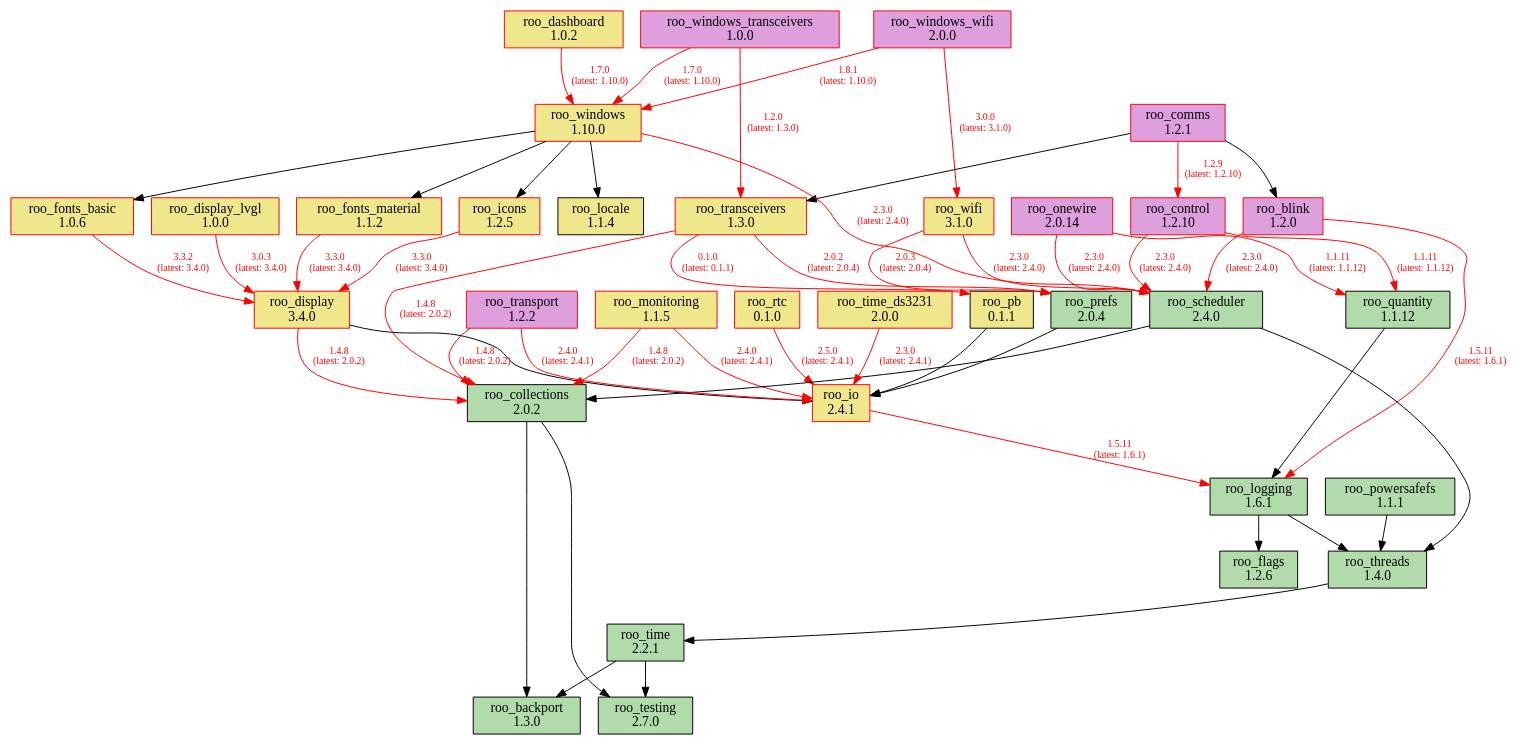
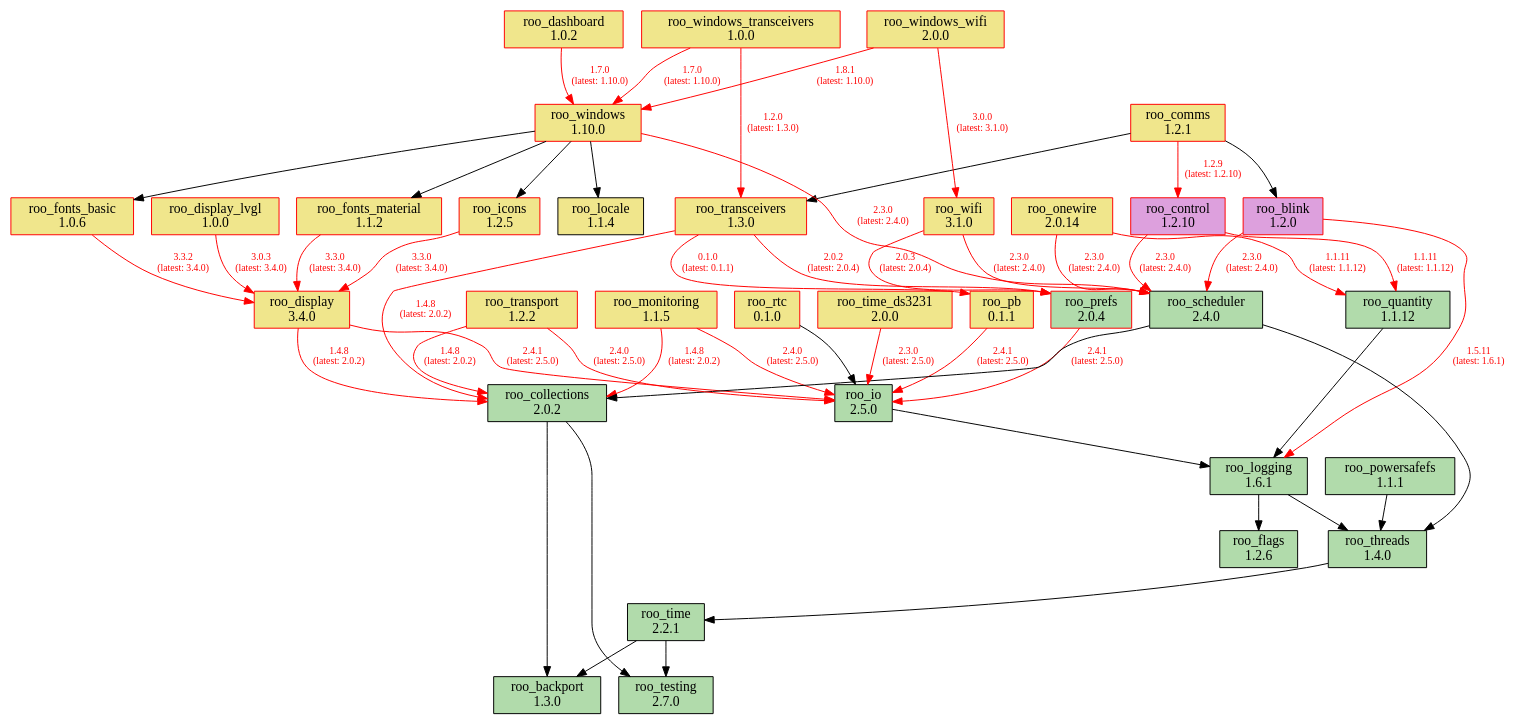
One commit to dejwk/roo-registry changed the diagram in doc/dependencies.dot. Above: the diagram before and after it, drawn with Graphviz. The commit also changed 3 other files, not shown here.

```diff
--- a/doc/dependencies.dot
+++ b/doc/dependencies.dot
@@ -1,92 +1,92 @@
 digraph dependencies {
     rankdir=TB;
     node [shape=box, style=filled];
     edge [fontsize=10];
 
     // Modules
     "roo_backport" [label="roo_backport\n1.3.0", fillcolor="#b1dbab", color="black"];
     "roo_blink" [label="roo_blink\n1.2.0", fillcolor="plum", color="red"];
     "roo_collections" [label="roo_collections\n2.0.2", fillcolor="#b1dbab", color="black"];
-    "roo_comms" [label="roo_comms\n1.2.1", fillcolor="plum", color="red"];
+    "roo_comms" [label="roo_comms\n1.2.1", fillcolor="khaki", color="red"];
     "roo_control" [label="roo_control\n1.2.10", fillcolor="plum", color="red"];
     "roo_dashboard" [label="roo_dashboard\n1.0.2", fillcolor="khaki", color="red"];
     "roo_display" [label="roo_display\n3.4.0", fillcolor="khaki", color="red"];
     "roo_display_lvgl" [label="roo_display_lvgl\n1.0.0", fillcolor="khaki", color="red"];
     "roo_flags" [label="roo_flags\n1.2.6", fillcolor="#b1dbab", color="black"];
     "roo_fonts_basic" [label="roo_fonts_basic\n1.0.6", fillcolor="khaki", color="red"];
     "roo_fonts_material" [label="roo_fonts_material\n1.1.2", fillcolor="khaki", color="red"];
     "roo_icons" [label="roo_icons\n1.2.5", fillcolor="khaki", color="red"];
-    "roo_io" [label="roo_io\n2.4.1", fillcolor="khaki", color="red"];
+    "roo_io" [label="roo_io\n2.5.0", fillcolor="#b1dbab", color="black"];
     "roo_locale" [label="roo_locale\n1.1.4", fillcolor="khaki", color="black"];
     "roo_logging" [label="roo_logging\n1.6.1", fillcolor="#b1dbab", color="black"];
     "roo_monitoring" [label="roo_monitoring\n1.1.5", fillcolor="khaki", color="red"];
-    "roo_onewire" [label="roo_onewire\n2.0.14", fillcolor="plum", color="red"];
-    "roo_pb" [label="roo_pb\n0.1.1", fillcolor="khaki", color="black"];
+    "roo_onewire" [label="roo_onewire\n2.0.14", fillcolor="khaki", color="red"];
+    "roo_pb" [label="roo_pb\n0.1.1", fillcolor="khaki", color="red"];
     "roo_powersafefs" [label="roo_powersafefs\n1.1.1", fillcolor="#b1dbab", color="black"];
-    "roo_prefs" [label="roo_prefs\n2.0.4", fillcolor="#b1dbab", color="black"];
+    "roo_prefs" [label="roo_prefs\n2.0.4", fillcolor="#b1dbab", color="red"];
     "roo_quantity" [label="roo_quantity\n1.1.12", fillcolor="#b1dbab", color="black"];
     "roo_rtc" [label="roo_rtc\n0.1.0", fillcolor="khaki", color="red"];
     "roo_scheduler" [label="roo_scheduler\n2.4.0", fillcolor="#b1dbab", color="black"];
     "roo_testing" [label="roo_testing\n2.7.0", fillcolor="#b1dbab", color="black"];
     "roo_threads" [label="roo_threads\n1.4.0", fillcolor="#b1dbab", color="black"];
     "roo_time" [label="roo_time\n2.2.1", fillcolor="#b1dbab", color="black"];
     "roo_time_ds3231" [label="roo_time_ds3231\n2.0.0", fillcolor="khaki", color="red"];
     "roo_transceivers" [label="roo_transceivers\n1.3.0", fillcolor="khaki", color="red"];
-    "roo_transport" [label="roo_transport\n1.2.2", fillcolor="plum", color="red"];
+    "roo_transport" [label="roo_transport\n1.2.2", fillcolor="khaki", color="red"];
     "roo_wifi" [label="roo_wifi\n3.1.0", fillcolor="khaki", color="red"];
     "roo_windows" [label="roo_windows\n1.10.0", fillcolor="khaki", color="red"];
-    "roo_windows_transceivers" [label="roo_windows_transceivers\n1.0.0", fillcolor="plum", color="red"];
-    "roo_windows_wifi" [label="roo_windows_wifi\n2.0.0", fillcolor="plum", color="red"];
+    "roo_windows_transceivers" [label="roo_windows_transceivers\n1.0.0", fillcolor="khaki", color="red"];
+    "roo_windows_wifi" [label="roo_windows_wifi\n2.0.0", fillcolor="khaki", color="red"];
 
     // Dependencies
     "roo_blink" -> "roo_logging" [color=red, fontcolor=red, label="1.5.11\n(latest: 1.6.1)"];
     "roo_blink" -> "roo_scheduler" [color=red, fontcolor=red, label="2.3.0\n(latest: 2.4.0)"];
     "roo_collections" -> "roo_testing";
     "roo_collections" -> "roo_backport";
     "roo_comms" -> "roo_blink";
     "roo_comms" -> "roo_control" [color=red, fontcolor=red, label="1.2.9\n(latest: 1.2.10)"];
     "roo_comms" -> "roo_transceivers";
     "roo_control" -> "roo_quantity" [color=red, fontcolor=red, label="1.1.11\n(latest: 1.1.12)"];
     "roo_control" -> "roo_scheduler" [color=red, fontcolor=red, label="2.3.0\n(latest: 2.4.0)"];
     "roo_dashboard" -> "roo_windows" [color=red, fontcolor=red, label="1.7.0\n(latest: 1.10.0)"];
     "roo_display" -> "roo_collections" [color=red, fontcolor=red, label="1.4.8\n(latest: 2.0.2)"];
-    "roo_display" -> "roo_io";
+    "roo_display" -> "roo_io" [color=red, fontcolor=red, label="2.4.1\n(latest: 2.5.0)"];
     "roo_display_lvgl" -> "roo_display" [color=red, fontcolor=red, label="3.0.3\n(latest: 3.4.0)"];
     "roo_fonts_basic" -> "roo_display" [color=red, fontcolor=red, label="3.3.2\n(latest: 3.4.0)"];
     "roo_fonts_material" -> "roo_display" [color=red, fontcolor=red, label="3.3.0\n(latest: 3.4.0)"];
     "roo_icons" -> "roo_display" [color=red, fontcolor=red, label="3.3.0\n(latest: 3.4.0)"];
-    "roo_io" -> "roo_logging" [color=red, fontcolor=red, label="1.5.11\n(latest: 1.6.1)"];
+    "roo_io" -> "roo_logging";
     "roo_logging" -> "roo_flags";
     "roo_logging" -> "roo_threads";
     "roo_monitoring" -> "roo_collections" [color=red, fontcolor=red, label="1.4.8\n(latest: 2.0.2)"];
-    "roo_monitoring" -> "roo_io" [color=red, fontcolor=red, label="2.4.0\n(latest: 2.4.1)"];
+    "roo_monitoring" -> "roo_io" [color=red, fontcolor=red, label="2.4.0\n(latest: 2.5.0)"];
     "roo_onewire" -> "roo_scheduler" [color=red, fontcolor=red, label="2.3.0\n(latest: 2.4.0)"];
     "roo_onewire" -> "roo_quantity" [color=red, fontcolor=red, label="1.1.11\n(latest: 1.1.12)"];
-    "roo_pb" -> "roo_io";
+    "roo_pb" -> "roo_io" [color=red, fontcolor=red, label="2.4.1\n(latest: 2.5.0)"];
     "roo_powersafefs" -> "roo_threads";
-    "roo_prefs" -> "roo_io";
+    "roo_prefs" -> "roo_io" [color=red, fontcolor=red, label="2.4.1\n(latest: 2.5.0)"];
     "roo_quantity" -> "roo_logging";
-    "roo_rtc" -> "roo_io" [color=red, fontcolor=red, label="2.5.0\n(latest: 2.4.1)"];
+    "roo_rtc" -> "roo_io";
     "roo_scheduler" -> "roo_collections";
     "roo_scheduler" -> "roo_threads";
     "roo_threads" -> "roo_time";
     "roo_time" -> "roo_testing";
     "roo_time" -> "roo_backport";
-    "roo_time_ds3231" -> "roo_io" [color=red, fontcolor=red, label="2.3.0\n(latest: 2.4.1)"];
+    "roo_time_ds3231" -> "roo_io" [color=red, fontcolor=red, label="2.3.0\n(latest: 2.5.0)"];
     "roo_transceivers" -> "roo_pb" [color=red, fontcolor=red, label="0.1.0\n(latest: 0.1.1)"];
     "roo_transceivers" -> "roo_collections" [color=red, fontcolor=red, label="1.4.8\n(latest: 2.0.2)"];
     "roo_transceivers" -> "roo_prefs" [color=red, fontcolor=red, label="2.0.2\n(latest: 2.0.4)"];
     "roo_transport" -> "roo_collections" [color=red, fontcolor=red, label="1.4.8\n(latest: 2.0.2)"];
-    "roo_transport" -> "roo_io" [color=red, fontcolor=red, label="2.4.0\n(latest: 2.4.1)"];
+    "roo_transport" -> "roo_io" [color=red, fontcolor=red, label="2.4.0\n(latest: 2.5.0)"];
     "roo_wifi" -> "roo_prefs" [color=red, fontcolor=red, label="2.0.3\n(latest: 2.0.4)"];
     "roo_wifi" -> "roo_scheduler" [color=red, fontcolor=red, label="2.3.0\n(latest: 2.4.0)"];
     "roo_windows" -> "roo_fonts_basic";
     "roo_windows" -> "roo_fonts_material";
     "roo_windows" -> "roo_locale";
     "roo_windows" -> "roo_icons";
     "roo_windows" -> "roo_scheduler" [color=red, fontcolor=red, label="2.3.0\n(latest: 2.4.0)"];
     "roo_windows_transceivers" -> "roo_transceivers" [color=red, fontcolor=red, label="1.2.0\n(latest: 1.3.0)"];
     "roo_windows_transceivers" -> "roo_windows" [color=red, fontcolor=red, label="1.7.0\n(latest: 1.10.0)"];
     "roo_windows_wifi" -> "roo_wifi" [color=red, fontcolor=red, label="3.0.0\n(latest: 3.1.0)"];
     "roo_windows_wifi" -> "roo_windows" [color=red, fontcolor=red, label="1.8.1\n(latest: 1.10.0)"];
 }
```
